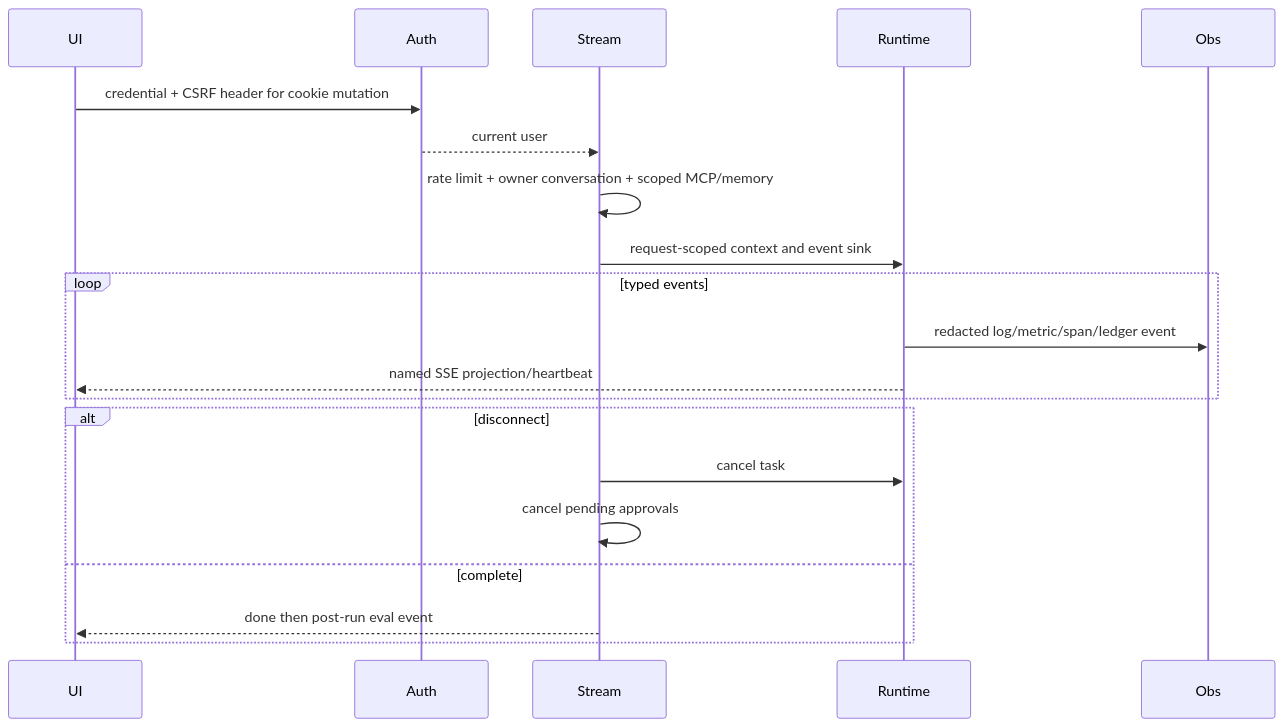
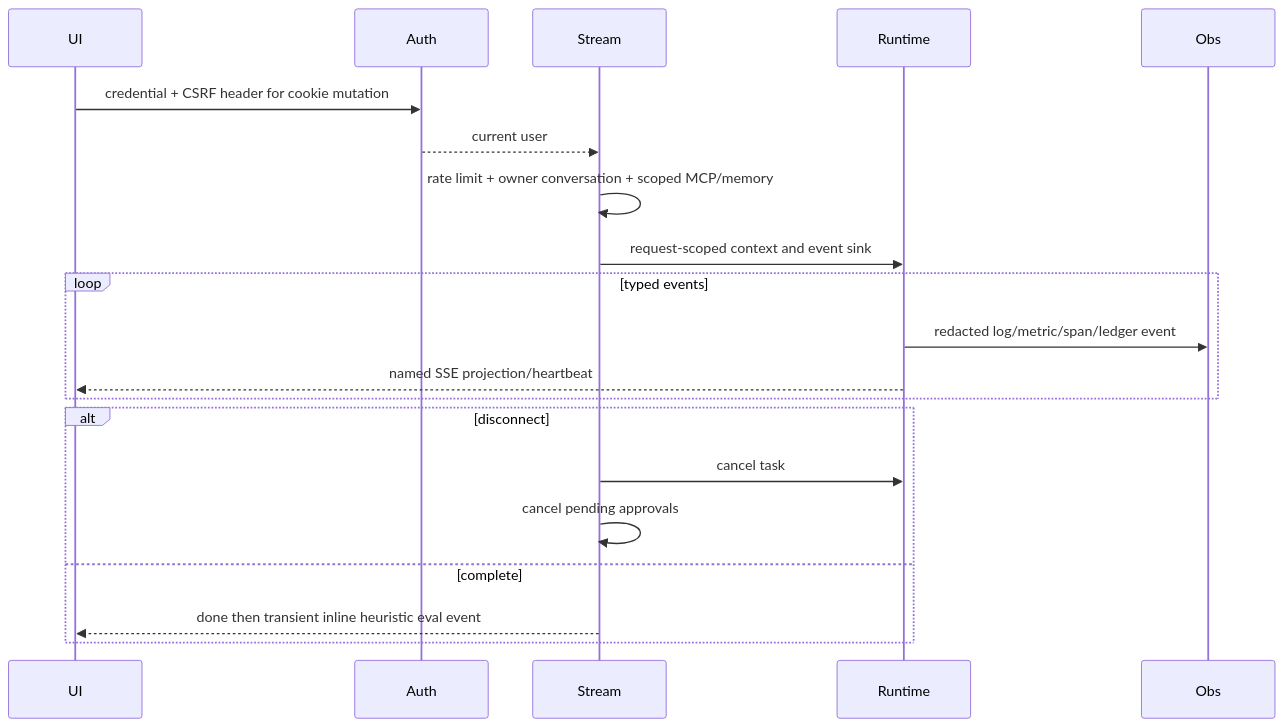
The third of 5 diagrams in docs/course/modules/13-auth-ui-observability/README.md (levalencia/archon), drawn with Mermaid before and after one commit. The commit also changed other lines of this file and 22 other files, not shown here.

Commit message:
docs: correct advanced course architecture and claims

````diff
--- a/docs/course/modules/13-auth-ui-observability/README.md
+++ b/docs/course/modules/13-auth-ui-observability/README.md
@@ -95,22 +96,22 @@
 ```mermaid
 sequenceDiagram
   participant UI
   participant Auth
   participant Stream
   participant Runtime
   participant Obs
   UI->>Auth: credential + CSRF header for cookie mutation
   Auth-->>Stream: current user
   Stream->>Stream: rate limit + owner conversation + scoped MCP/memory
   Stream->>Runtime: request-scoped context and event sink
   loop typed events
     Runtime->>Obs: redacted log/metric/span/ledger event
     Runtime-->>UI: named SSE projection/heartbeat
   end
   alt disconnect
     Stream->>Runtime: cancel task
     Stream->>Stream: cancel pending approvals
   else complete
-    Stream-->>UI: done then post-run eval event
+    Stream-->>UI: done then transient inline heuristic eval event
   end
 ```
````
